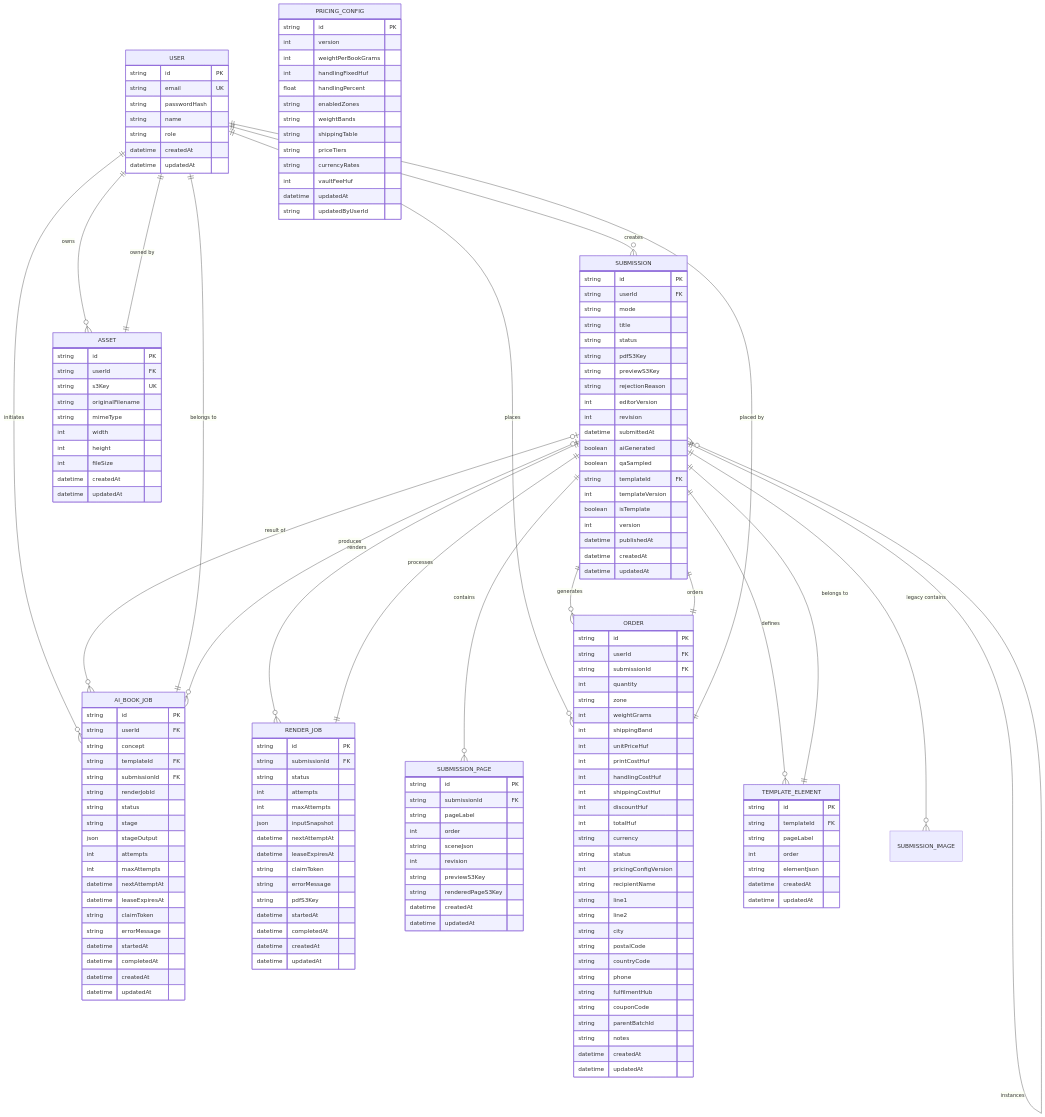
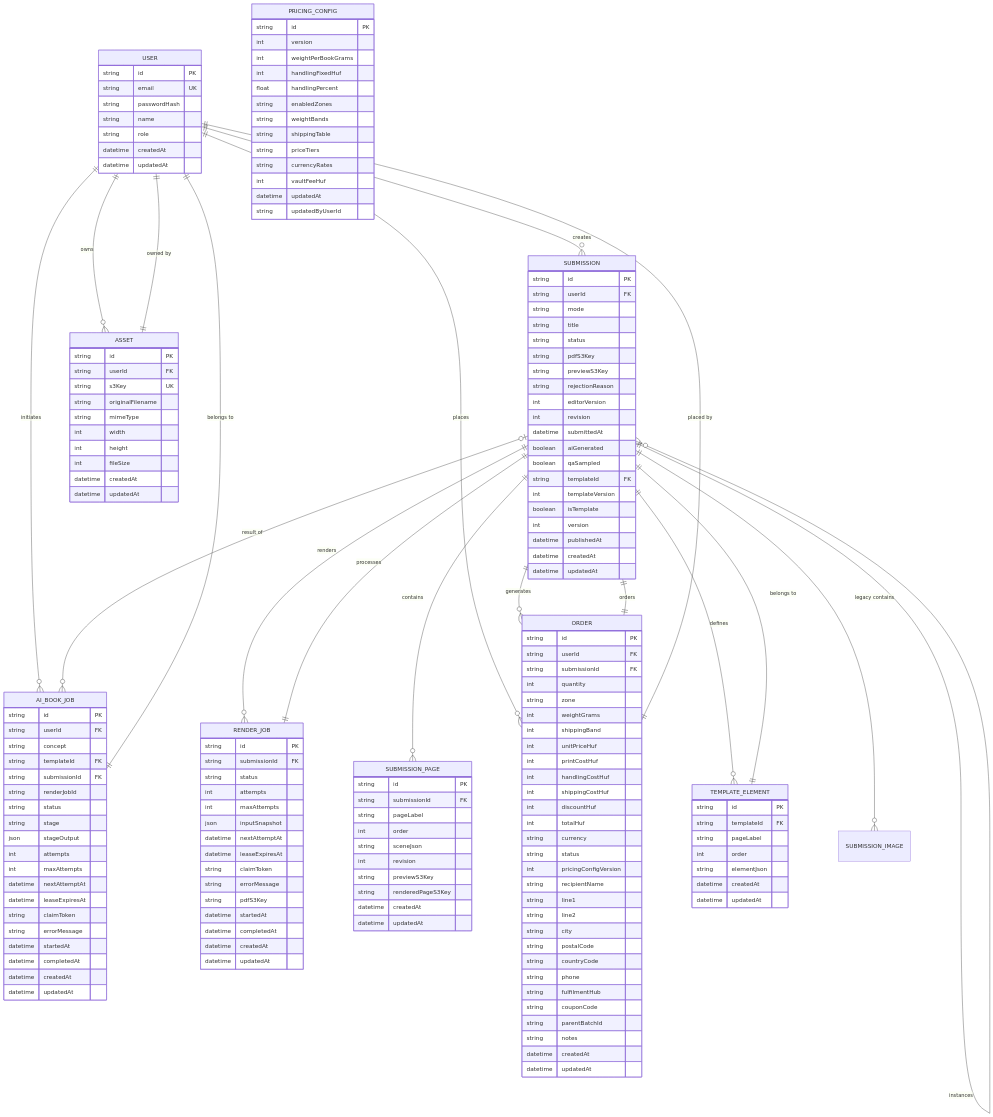
Before and after one commit to Crowdspender/titchybooks-app: the second of 3 diagrams in .qoder/repowiki/en/content/Database Design/Database Design.md, drawn with Mermaid. The commit also changed 13 other files, not shown here.

```diff
--- a/.qoder/repowiki/en/content/Database Design/Database Design.md
+++ b/.qoder/repowiki/en/content/Database Design/Database Design.md
@@ -362,7 +362,6 @@
 SUBMISSION ||--o{ TEMPLATE_ELEMENT : "defines"
 SUBMISSION ||--o{ SUBMISSION : "instances"
 AI_BOOK_JOB ||--|| USER : "belongs to"
-AI_BOOK_JOB }o--o| SUBMISSION : "produces"
 RENDER_JOB ||--|| SUBMISSION : "processes"
 ASSET ||--|| USER : "owned by"
 ORDER ||--|| SUBMISSION : "orders"
```
